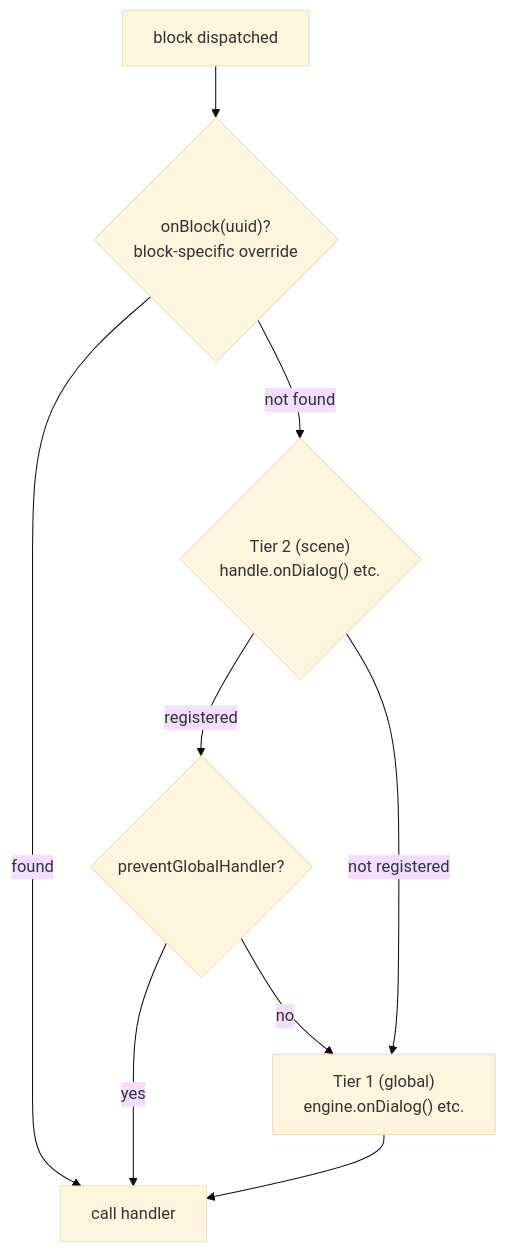
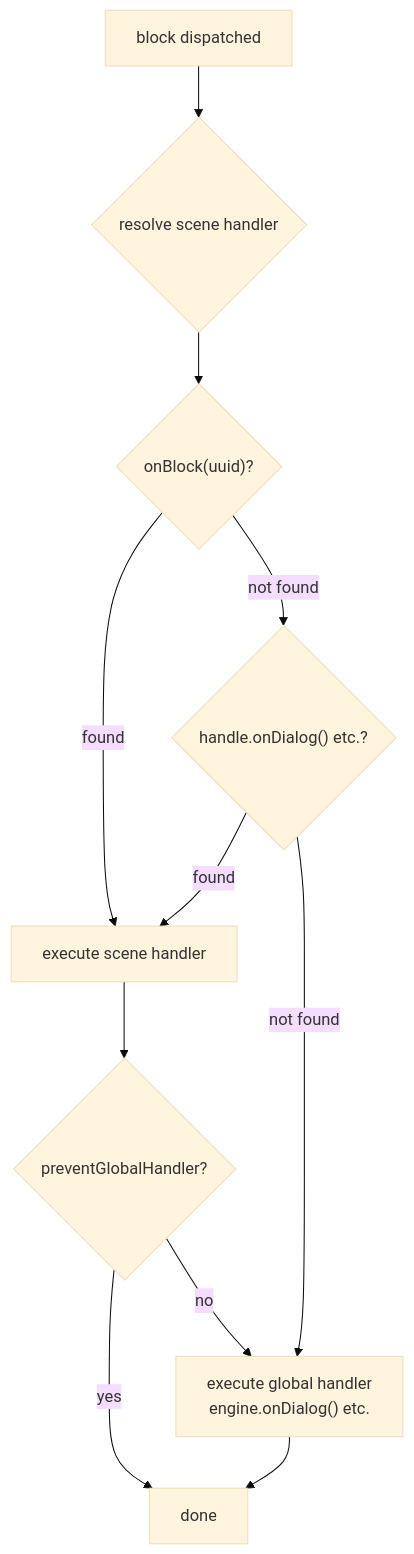
The diagram in lsde-ts/docs/fr/guide/handlers.md (jonlepage/LS-Dialog-Editor-Engine), drawn with Mermaid (base theme) before and after one commit. The commit also changed other lines of this file and 8 other files, not shown here.

````diff
--- a/lsde-ts/docs/fr/guide/handlers.md
+++ b/lsde-ts/docs/fr/guide/handlers.md
@@ -68,11 +68,13 @@
 ```mermaid
 flowchart TD
-    A[block dispatched] --> B{"onBlock(uuid)?\nblock-specific override"}
-    B -- found --> Z[call handler]
-    B -- not found --> C{"Tier 2 (scene)\nhandle.onDialog() etc."}
-    C -- registered --> D{preventGlobalHandler?}
-    C -- not registered --> E
-    D -- yes --> Z
-    D -- no --> E["Tier 1 (global)\nengine.onDialog() etc."]
-    E --> Z
+    A[block dispatched] --> B{resolve scene handler}
+    B --> B1{"onBlock(uuid)?"}
+    B1 -- found --> S
+    B1 -- not found --> B2{"handle.onDialog() etc.?"}
+    B2 -- found --> S
+    B2 -- not found --> G
+    S[execute scene handler] --> D{preventGlobalHandler?}
+    D -- yes --> Z[done]
+    D -- no --> G["execute global handler\nengine.onDialog() etc."]
+    G --> Z
 ```
````
